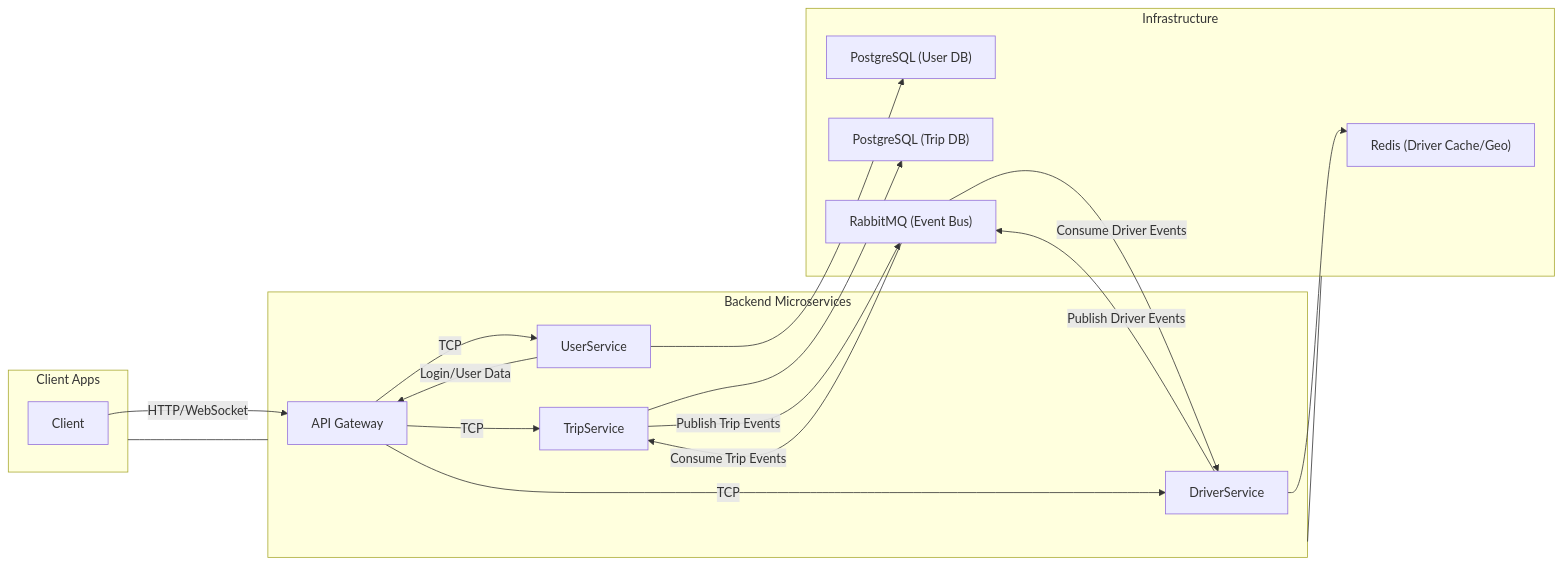
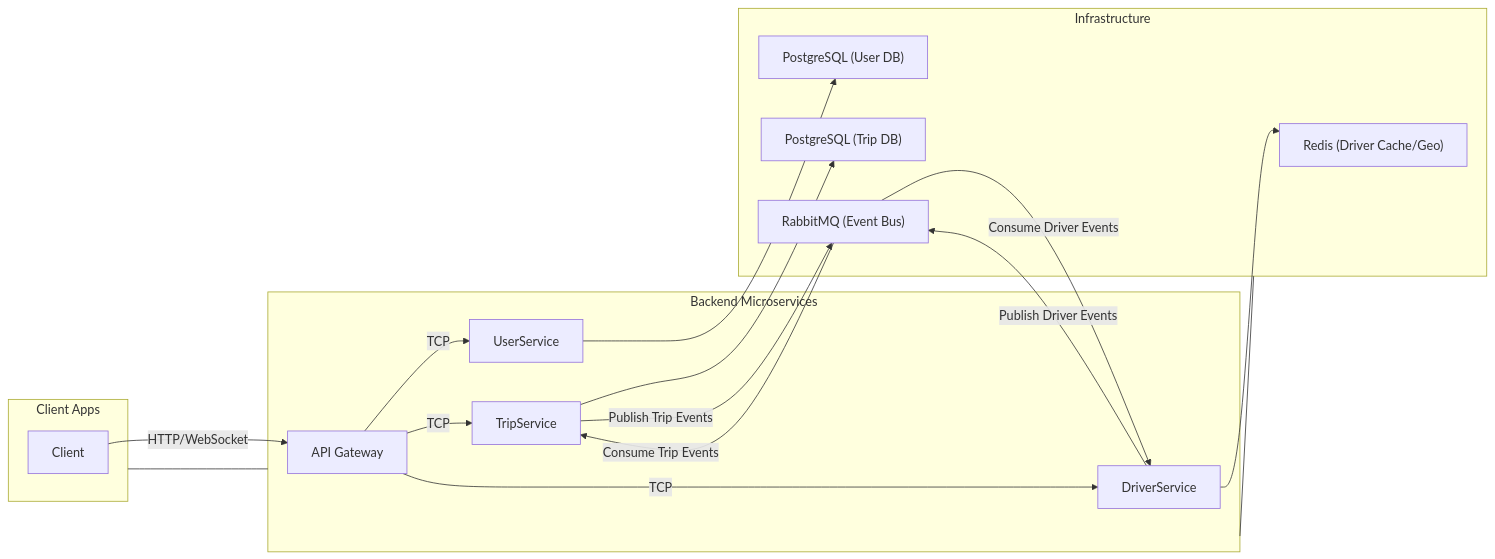
Before and after one commit to LeVanHuy84/uit-go-project: the second of 4 diagrams in ARCHITECTURE.md, drawn with Mermaid.

Commit message:
Remove AUTH FLOW section from ARCHITECTURE.md
Removed the authentication flow section from the architecture document.

````diff
--- a/ARCHITECTURE.md
+++ b/ARCHITECTURE.md
@@ -108,71 +108,66 @@
 ```mermaid
 flowchart LR
   %% ===========================
   %% CLIENT LAYER
   %% ===========================
   subgraph Clients["Client Apps"]
     Client["Client"]
   end
 
   %% ===========================
   %% SERVICE LAYER
   %% ===========================
   subgraph Services["Backend Microservices"]
     ApiGateway["API Gateway"]
     UserSvc["UserService"]
     TripSvc["TripService"]
     DriverSvc["DriverService"]
   end
 
   %% ===========================
   %% INFRASTRUCTURE LAYER
   %% ===========================
   subgraph Infra["Infrastructure"]
     Redis["Redis (Driver Cache/Geo)"]
     PostgresUser["PostgreSQL (User DB)"]
     PostgresTrip["PostgreSQL (Trip DB)"]
     MQ["RabbitMQ (Event Bus)"]
   end
 
   %% ===========================
   %% CLIENT → GATEWAY
   %% ===========================
   Client --> |HTTP/WebSocket| ApiGateway
 
   %% ===========================
   %% GATEWAY → SERVICES
   %% ===========================
   ApiGateway --> |TCP| UserSvc
   ApiGateway --> |TCP| TripSvc
   ApiGateway --> |TCP| DriverSvc
 
   %% ===========================
-  %% AUTH FLOW (LOGIN)
-  %% ===========================
-  UserSvc --> |Login/User Data| ApiGateway
-
-  %% ===========================
   %% DATABASE CONNECTIONS
   %% ===========================
   UserSvc --> PostgresUser
   TripSvc --> PostgresTrip
 
   %% ===========================
   %% REDIS CACHE
   %% ===========================
   DriverSvc --> Redis
 
   %% ===========================
   %% RABBITMQ EVENTS
   %% ===========================
   TripSvc --> |Publish Trip Events| MQ
   MQ --> |Consume Driver Events| DriverSvc
 
   DriverSvc --> |Publish Driver Events| MQ
   MQ --> |Consume Trip Events| TripSvc
 
   %% ===========================
   %% ALIGNMENT
   %% ===========================
   Clients --- Services --- Infra
 ```
````
